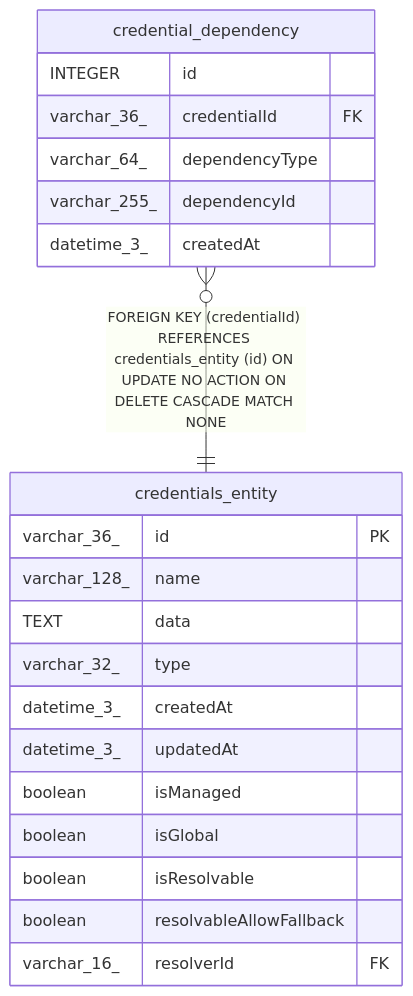
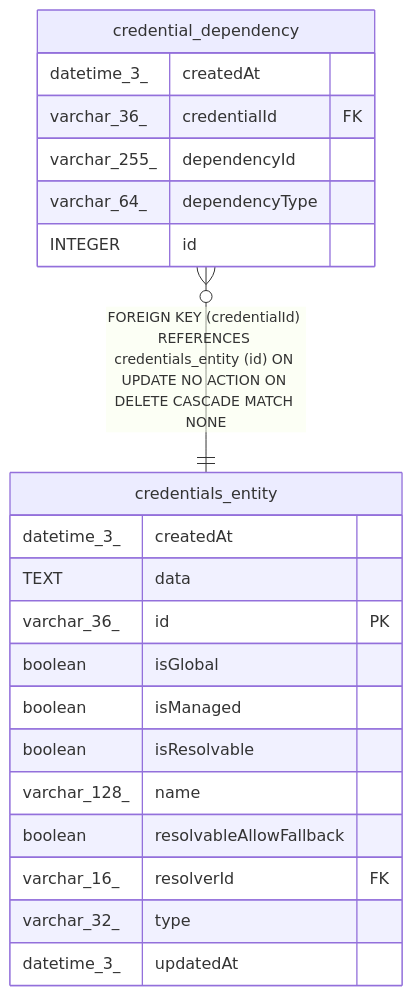
Before and after one commit to mayankjain1815-commits/n8n: the diagram in docs/generated/sqlite-schema/credential_dependency.md, drawn with Mermaid. The commit also changed other lines of this file and 221 other files, not shown here.

Commit message:
chore(core): Make DB schema docs generation deterministic (#32373)

````diff
--- a/docs/generated/sqlite-schema/credential_dependency.md
+++ b/docs/generated/sqlite-schema/credential_dependency.md
@@ -41,26 +41,26 @@
 ```mermaid
 erDiagram
 
 "credential_dependency" }o--|| "credentials_entity" : "FOREIGN KEY (credentialId) REFERENCES credentials_entity (id) ON UPDATE NO ACTION ON DELETE CASCADE MATCH NONE"
 
 "credential_dependency" {
+  datetime_3_ createdAt
+  varchar_36_ credentialId FK
+  varchar_255_ dependencyId
+  varchar_64_ dependencyType
   INTEGER id
-  varchar_36_ credentialId FK
-  varchar_64_ dependencyType
-  varchar_255_ dependencyId
-  datetime_3_ createdAt
 }
 "credentials_entity" {
+  datetime_3_ createdAt
+  TEXT data
   varchar_36_ id PK
+  boolean isGlobal
+  boolean isManaged
+  boolean isResolvable
   varchar_128_ name
-  TEXT data
-  varchar_32_ type
-  datetime_3_ createdAt
-  datetime_3_ updatedAt
-  boolean isManaged
-  boolean isGlobal
-  boolean isResolvable
   boolean resolvableAllowFallback
   varchar_16_ resolverId FK
+  varchar_32_ type
+  datetime_3_ updatedAt
 }
 ```
````
